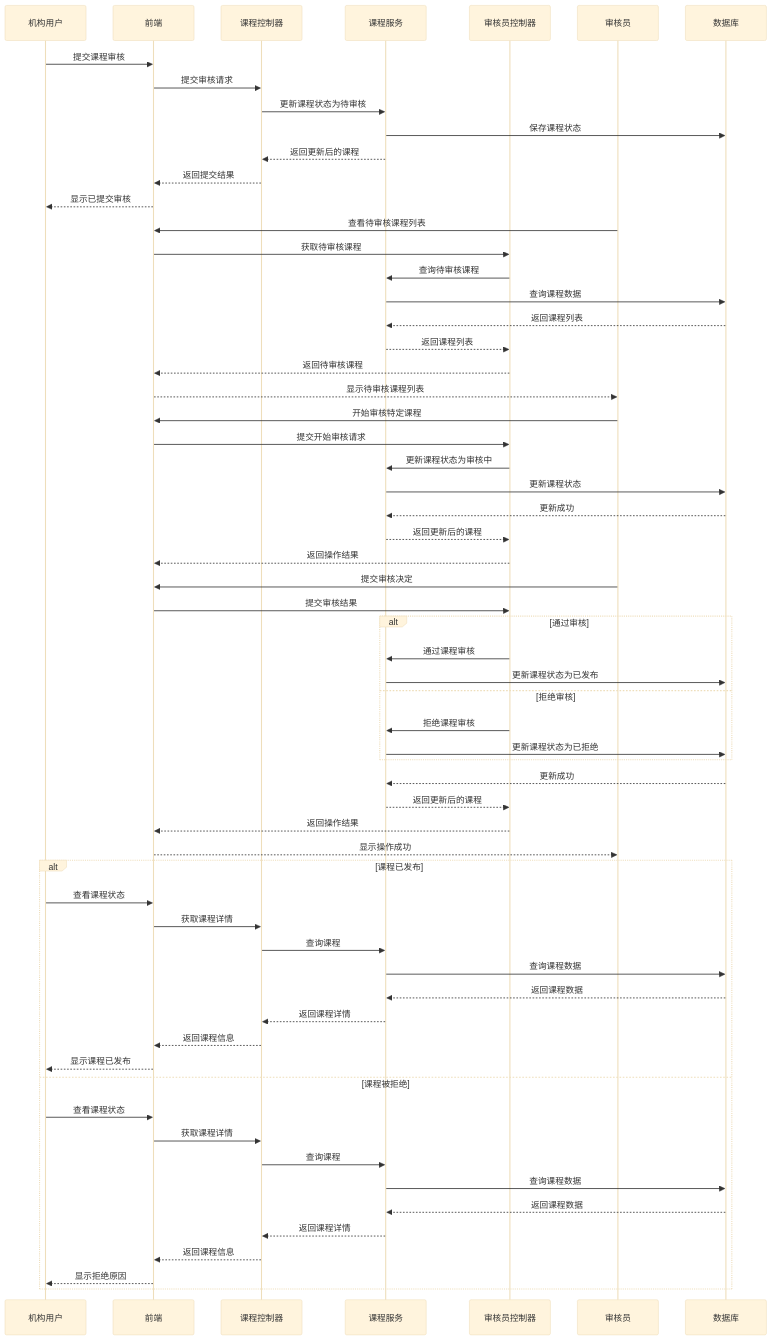
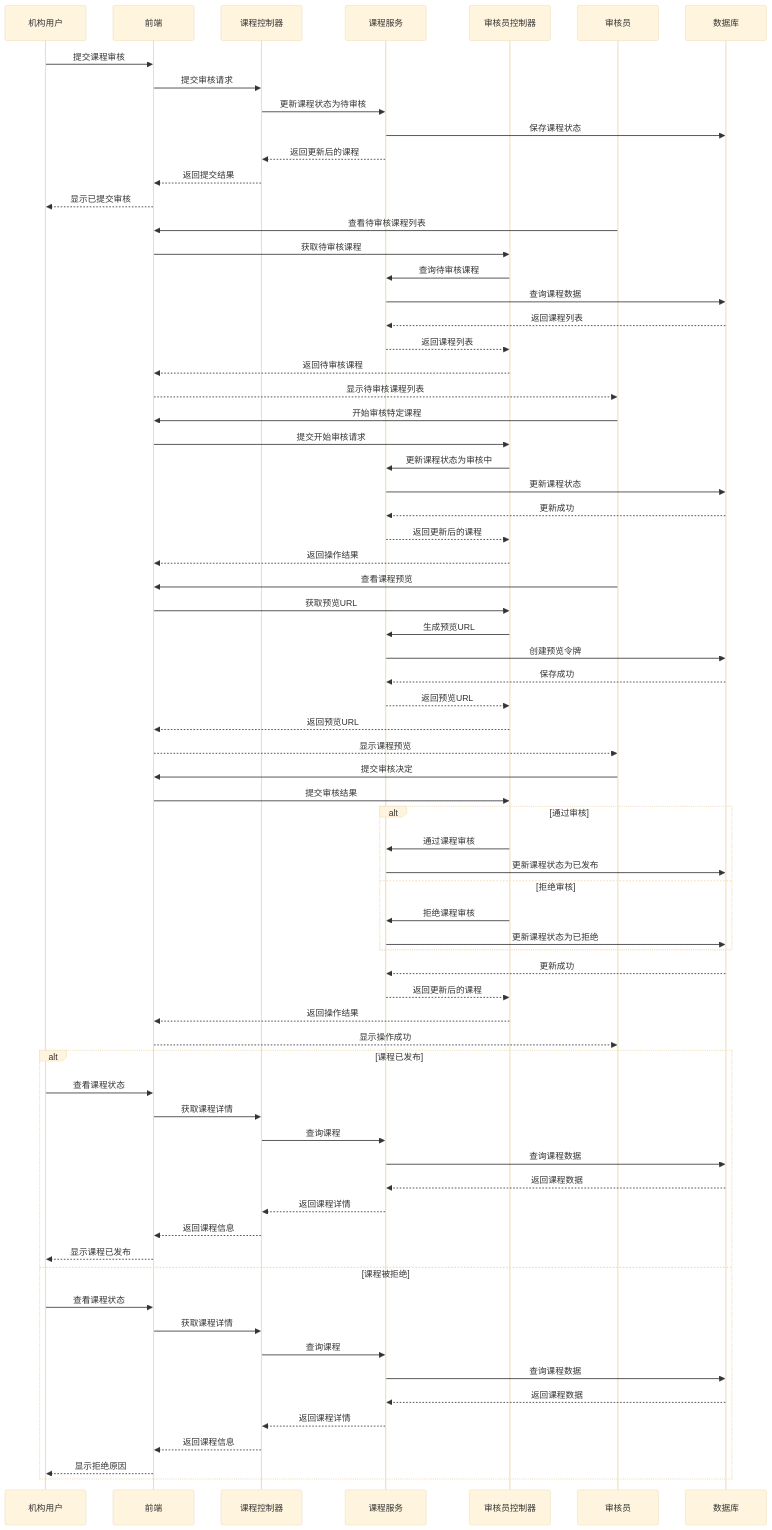
Before and after one commit to michealmachine/course: the tenth of 11 diagrams in docs/当前进度描述.md, drawn with Mermaid (base theme). The commit also changed other lines of this file and 5 other files, not shown here.

````diff
--- a/docs/当前进度描述.md
+++ b/docs/当前进度描述.md
@@ -199,69 +468,78 @@
 ```mermaid
 sequenceDiagram
     participant 机构用户
     participant 前端
     participant 课程控制器
     participant 课程服务
     participant 审核员控制器
     participant 审核员
     participant 数据库
     
     机构用户->>前端: 提交课程审核
     前端->>课程控制器: 提交审核请求
     课程控制器->>课程服务: 更新课程状态为待审核
     课程服务->>数据库: 保存课程状态
     课程服务-->>课程控制器: 返回更新后的课程
     课程控制器-->>前端: 返回提交结果
     前端-->>机构用户: 显示已提交审核
     
     审核员->>前端: 查看待审核课程列表
     前端->>审核员控制器: 获取待审核课程
     审核员控制器->>课程服务: 查询待审核课程
     课程服务->>数据库: 查询课程数据
     数据库-->>课程服务: 返回课程列表
     课程服务-->>审核员控制器: 返回课程列表
     审核员控制器-->>前端: 返回待审核课程
     前端-->>审核员: 显示待审核课程列表
     
     审核员->>前端: 开始审核特定课程
     前端->>审核员控制器: 提交开始审核请求
     审核员控制器->>课程服务: 更新课程状态为审核中
     课程服务->>数据库: 更新课程状态
     数据库-->>课程服务: 更新成功
     课程服务-->>审核员控制器: 返回更新后的课程
     审核员控制器-->>前端: 返回操作结果
     
+    审核员->>前端: 查看课程预览
+    前端->>审核员控制器: 获取预览URL
+    审核员控制器->>课程服务: 生成预览URL
+    课程服务->>数据库: 创建预览令牌
+    数据库-->>课程服务: 保存成功
+    课程服务-->>审核员控制器: 返回预览URL
+    审核员控制器-->>前端: 返回预览URL
+    前端-->>审核员: 显示课程预览
+    
     审核员->>前端: 提交审核决定
     前端->>审核员控制器: 提交审核结果
     alt 通过审核
         审核员控制器->>课程服务: 通过课程审核
         课程服务->>数据库: 更新课程状态为已发布
     else 拒绝审核
         审核员控制器->>课程服务: 拒绝课程审核
         课程服务->>数据库: 更新课程状态为已拒绝
     end
     数据库-->>课程服务: 更新成功
     课程服务-->>审核员控制器: 返回更新后的课程
     审核员控制器-->>前端: 返回操作结果
     前端-->>审核员: 显示操作成功
     
     alt 课程已发布
         机构用户->>前端: 查看课程状态
         前端->>课程控制器: 获取课程详情
         课程控制器->>课程服务: 查询课程
         课程服务->>数据库: 查询课程数据
         数据库-->>课程服务: 返回课程数据
         课程服务-->>课程控制器: 返回课程详情
         课程控制器-->>前端: 返回课程信息
         前端-->>机构用户: 显示课程已发布
     else 课程被拒绝
         机构用户->>前端: 查看课程状态
         前端->>课程控制器: 获取课程详情
         课程控制器->>课程服务: 查询课程
         课程服务->>数据库: 查询课程数据
         数据库-->>课程服务: 返回课程数据
         课程服务-->>课程控制器: 返回课程详情
         课程控制器-->>前端: 返回课程信息
         前端-->>机构用户: 显示拒绝原因
     end
 ```
````
